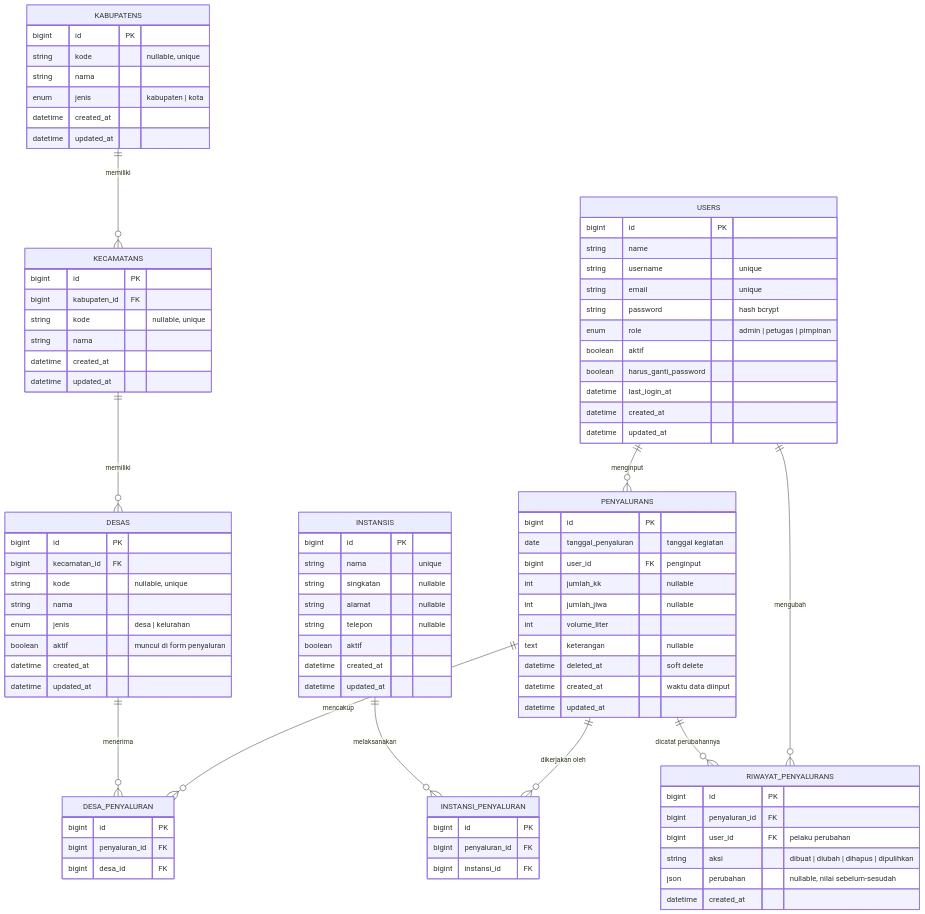
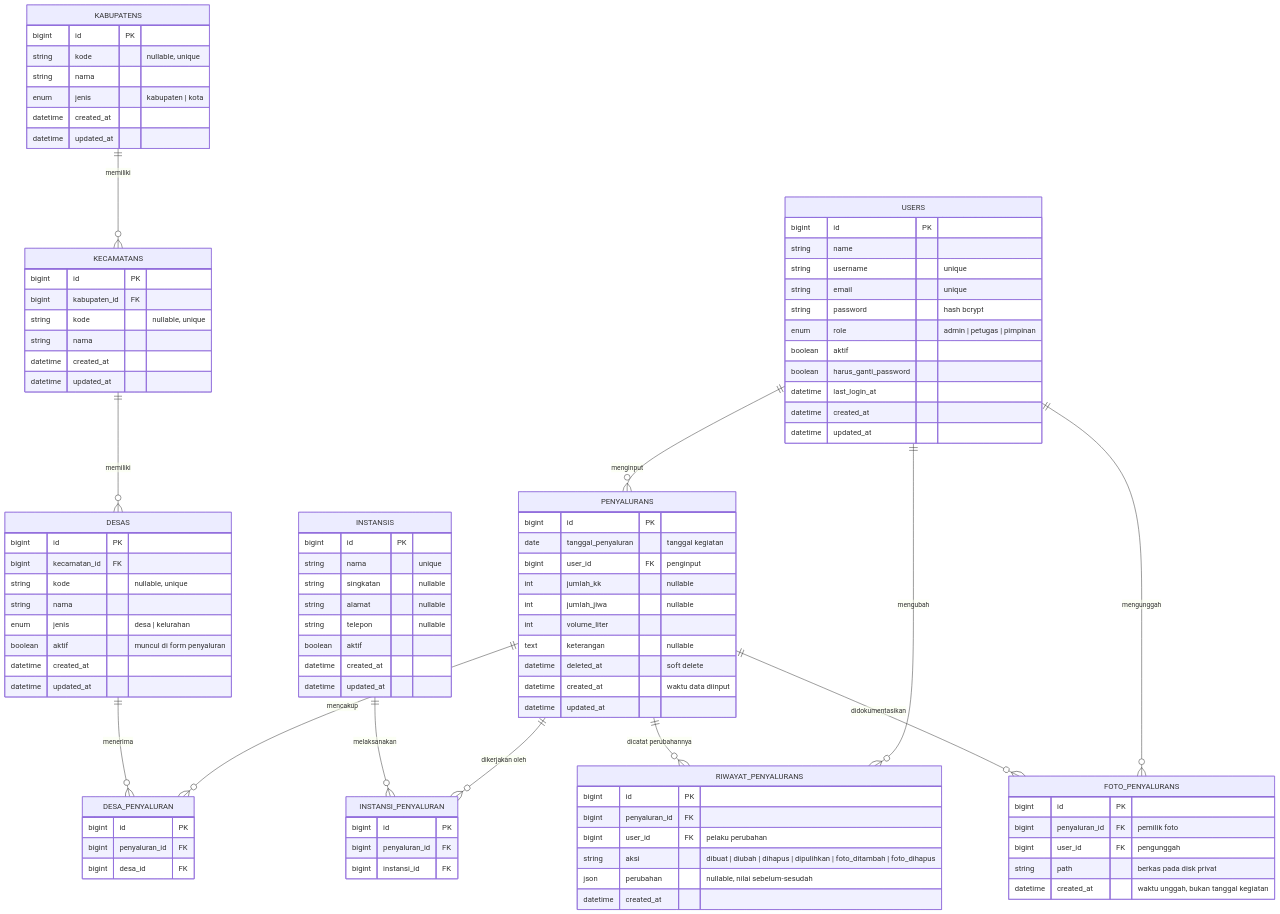
One commit to ajilandung/sicatat-bpbd-gorontalo changed the diagram in docs/database-schema.md. Above: the diagram before and after it, drawn with Mermaid. The commit also changed other lines of this file and 1 other file, not shown here.

````diff
--- a/docs/database-schema.md
+++ b/docs/database-schema.md
@@ -71,6 +83,8 @@
     USERS       ||--o{ PENYALURANS         : "menginput"
     PENYALURANS ||--o{ RIWAYAT_PENYALURANS : "dicatat perubahannya"
     USERS       ||--o{ RIWAYAT_PENYALURANS : "mengubah"
+    PENYALURANS ||--o{ FOTO_PENYALURANS    : "didokumentasikan"
+    USERS       ||--o{ FOTO_PENYALURANS    : "mengunggah"
 
     KABUPATENS {
         bigint   id PK
@@ -155,8 +169,16 @@
         bigint   id PK
         bigint   penyaluran_id FK
         bigint   user_id FK   "pelaku perubahan"
-        string   aksi         "dibuat | diubah | dihapus | dipulihkan"
+        string   aksi         "dibuat | diubah | dihapus | dipulihkan | foto_ditambah | foto_dihapus"
         json     perubahan    "nullable, nilai sebelum-sesudah"
         datetime created_at
     }
+
+    FOTO_PENYALURANS {
+        bigint   id PK
+        bigint   penyaluran_id FK "pemilik foto"
+        bigint   user_id FK       "pengunggah"
+        string   path             "berkas pada disk privat"
+        datetime created_at       "waktu unggah, bukan tanggal kegiatan"
+    }
 ```
````
